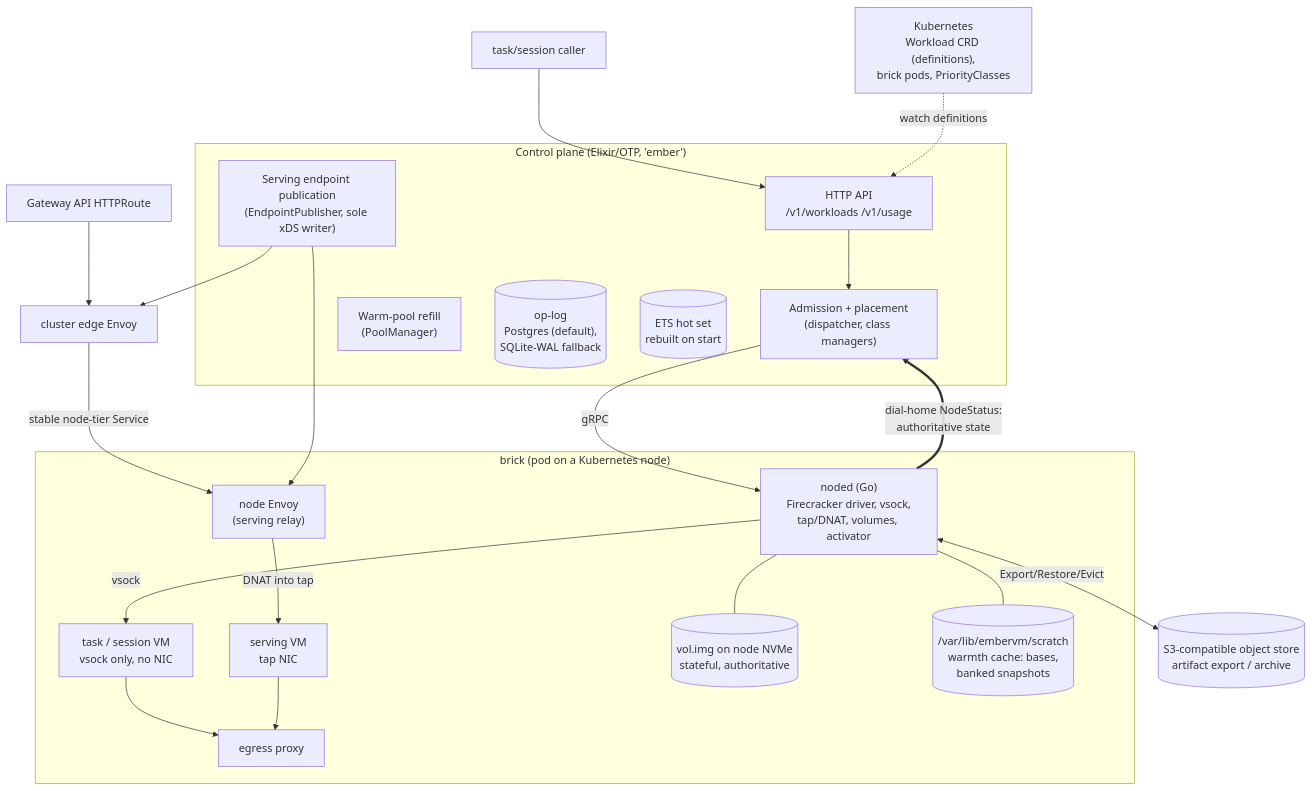
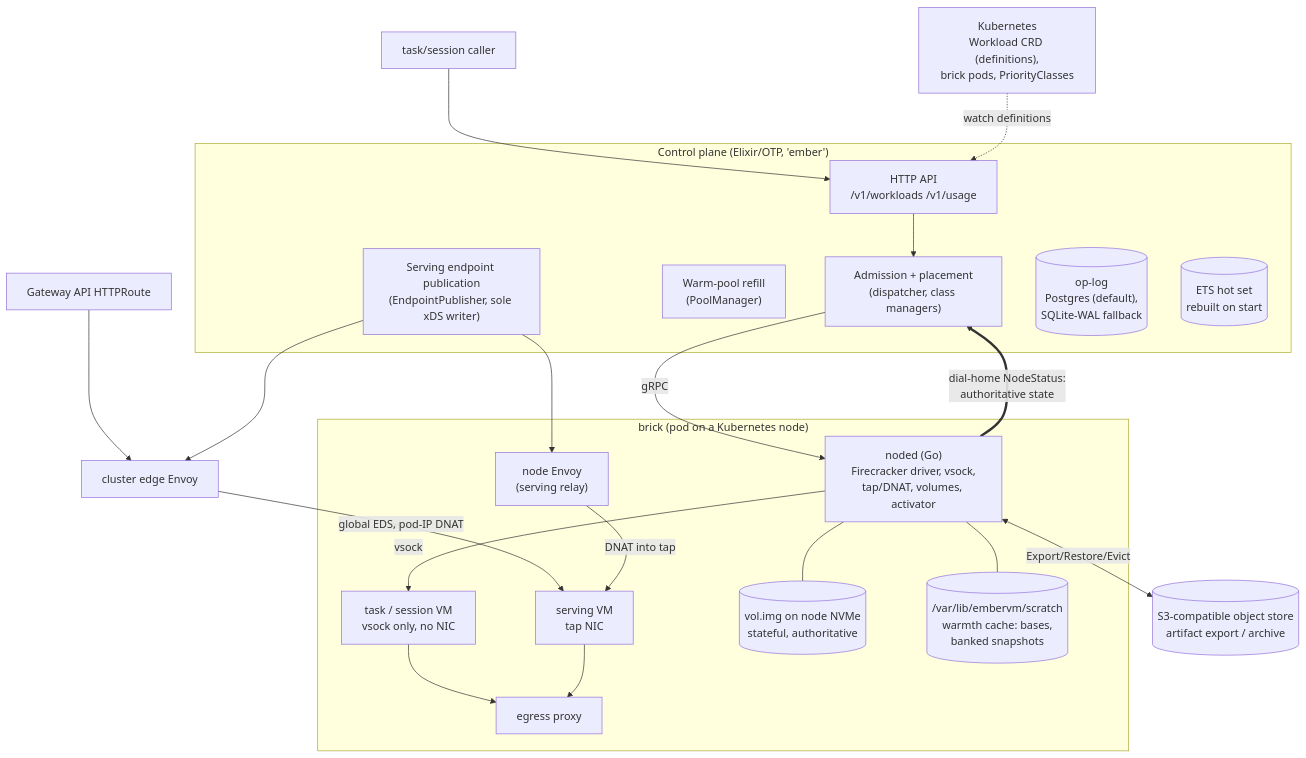
The first of 6 diagrams in projects/embervm/ARCHITECTURE.md (jomcgi-org/homelab), drawn with Mermaid before and after one commit. The commit also changed other lines of this file and 20 other files, not shown here.

````diff
--- a/projects/embervm/ARCHITECTURE.md
+++ b/projects/embervm/ARCHITECTURE.md
@@ -122,38 +122,38 @@
 ```mermaid
 graph TB
     subgraph cp ["Control plane (Elixir/OTP, 'ember')"]
         API["HTTP API<br/>/v1/workloads /v1/usage"]
         DISP["Admission + placement<br/>(dispatcher, class managers)"]
         POOL["Warm-pool refill<br/>(PoolManager)"]
         XDS["Serving endpoint publication<br/>(EndpointPublisher, sole xDS writer)"]
         OPLOG[("op-log<br/>Postgres (default),<br/>SQLite-WAL fallback")]
         ETS[("ETS hot set<br/>rebuilt on start")]
     end
 
     subgraph node ["brick (pod on a Kubernetes node)"]
         NODED["noded (Go)<br/>Firecracker driver, vsock,<br/>tap/DNAT, volumes, activator"]
         ENVOY["node Envoy<br/>(serving relay)"]
         PROXY["egress proxy"]
         VM1["task / session VM<br/>vsock only, no NIC"]
         VM2["serving VM<br/>tap NIC"]
         VOL[("vol.img on node NVMe<br/>stateful, authoritative")]
         SCRATCH[("/var/lib/embervm/scratch<br/>warmth cache: bases,<br/>banked snapshots")]
     end
 
     S3[("S3-compatible object store<br/>artifact export / archive")]
     K8S["Kubernetes<br/>Workload CRD (definitions),<br/>brick pods, PriorityClasses"]
 
     CALLER["task/session caller"] --> API
     API --> DISP -->|gRPC| NODED
     NODED -->|vsock| VM1
     GATEWAY["Gateway API HTTPRoute"] --> EDGE["cluster edge Envoy"]
-    EDGE -->|stable node-tier Service| ENVOY
     XDS --> EDGE & ENVOY
+    EDGE -->|global EDS, pod-IP DNAT| VM2
     ENVOY -->|DNAT into tap| VM2
     VM1 --> PROXY
     VM2 --> PROXY
     NODED ==>|dial-home NodeStatus:<br/>authoritative state| DISP
     NODED <-->|Export/Restore/Evict| S3
     NODED --- VOL & SCRATCH
     K8S -.->|watch definitions| API
 ```
````
